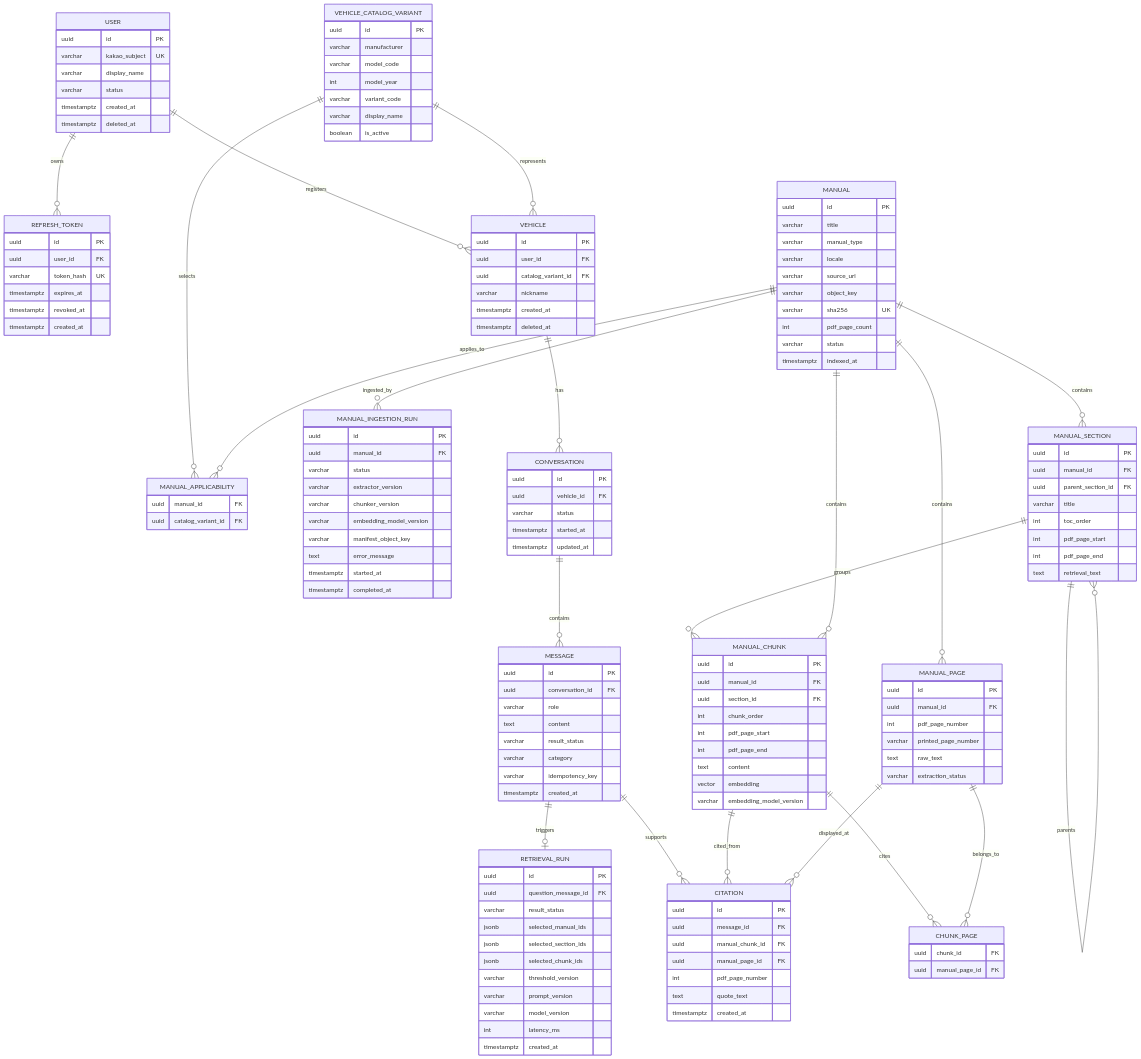
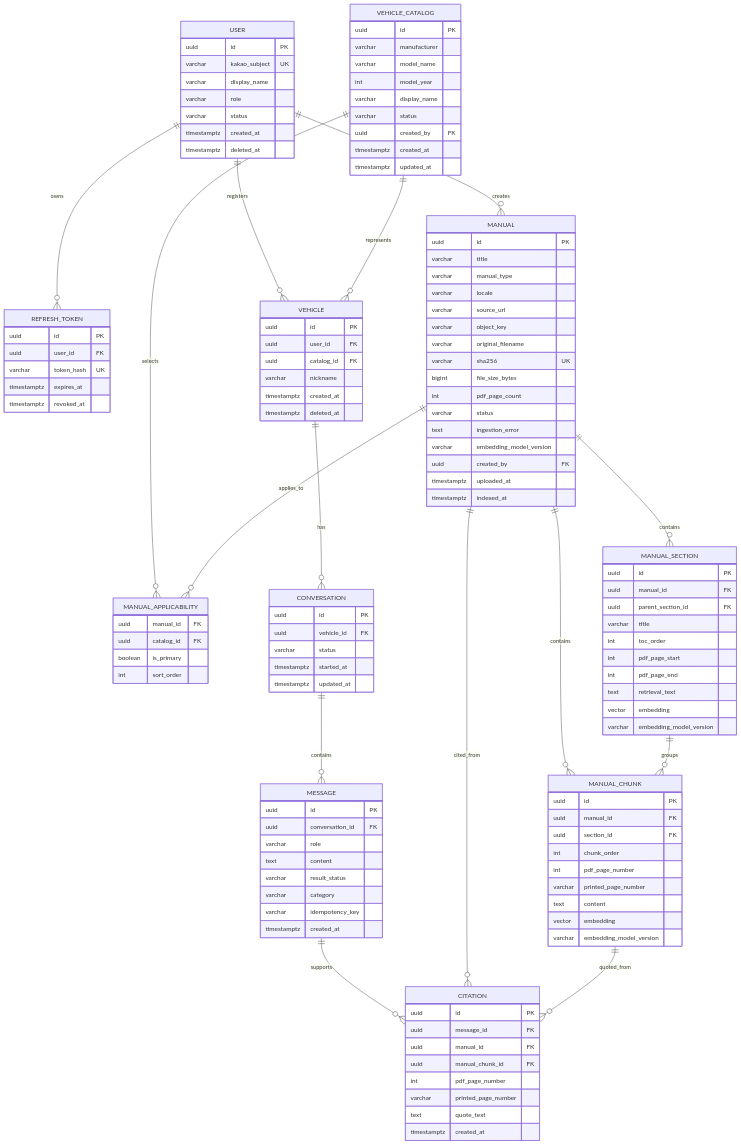
One commit to Chaehyunli/CarMe changed the diagram in docs/erd_및_데이터사전.md. Above: the diagram before and after it, drawn with Mermaid. The commit also changed other lines of this file and 27 other files, not shown here.

````diff
--- a/docs/erd_및_데이터사전.md
+++ b/docs/erd_및_데이터사전.md
@@ -8,28 +9,24 @@
 erDiagram
   USER ||--o{ REFRESH_TOKEN : owns
   USER ||--o{ VEHICLE : registers
-  VEHICLE_CATALOG_VARIANT ||--o{ VEHICLE : represents
-  VEHICLE_CATALOG_VARIANT ||--o{ MANUAL_APPLICABILITY : selects
+  USER ||--o{ MANUAL : creates
+  VEHICLE_CATALOG ||--o{ VEHICLE : represents
+  VEHICLE_CATALOG ||--o{ MANUAL_APPLICABILITY : selects
   MANUAL ||--o{ MANUAL_APPLICABILITY : applies_to
-  MANUAL ||--o{ MANUAL_INGESTION_RUN : ingested_by
   MANUAL ||--o{ MANUAL_SECTION : contains
-  MANUAL_SECTION ||--o{ MANUAL_SECTION : parents
-  MANUAL ||--o{ MANUAL_PAGE : contains
+  MANUAL ||--o{ MANUAL_CHUNK : contains
   MANUAL_SECTION ||--o{ MANUAL_CHUNK : groups
-  MANUAL ||--o{ MANUAL_CHUNK : contains
-  MANUAL_CHUNK ||--o{ CHUNK_PAGE : cites
-  MANUAL_PAGE ||--o{ CHUNK_PAGE : belongs_to
   VEHICLE ||--o{ CONVERSATION : has
   CONVERSATION ||--o{ MESSAGE : contains
   MESSAGE ||--o{ CITATION : supports
-  MANUAL_CHUNK ||--o{ CITATION : cited_from
-  MANUAL_PAGE ||--o{ CITATION : displayed_at
-  MESSAGE ||--o| RETRIEVAL_RUN : triggers
+  MANUAL ||--o{ CITATION : cited_from
+  MANUAL_CHUNK ||--o{ CITATION : quoted_from
 
   USER {
     uuid id PK
     varchar kakao_subject UK
     varchar display_name
+    varchar role
     varchar status
     timestamptz created_at
     timestamptz deleted_at
@@ -40,21 +37,22 @@
     varchar token_hash UK
     timestamptz expires_at
     timestamptz revoked_at
-    timestamptz created_at
   }
-  VEHICLE_CATALOG_VARIANT {
+  VEHICLE_CATALOG {
     uuid id PK
     varchar manufacturer
-    varchar model_code
+    varchar model_name
     int model_year
-    varchar variant_code
     varchar display_name
-    boolean is_active
+    varchar status
+    uuid created_by FK
+    timestamptz created_at
+    timestamptz updated_at
   }
   VEHICLE {
     uuid id PK
     uuid user_id FK
-    uuid catalog_variant_id FK
+    uuid catalog_id FK
     varchar nickname
     timestamptz created_at
     timestamptz deleted_at
@@ -66,26 +64,22 @@
     varchar locale
     varchar source_url
     varchar object_key
+    varchar original_filename
     varchar sha256 UK
+    bigint file_size_bytes
     int pdf_page_count
     varchar status
+    text ingestion_error
+    varchar embedding_model_version
+    uuid created_by FK
+    timestamptz uploaded_at
     timestamptz indexed_at
   }
   MANUAL_APPLICABILITY {
     uuid manual_id FK
-    uuid catalog_variant_id FK
-  }
-  MANUAL_INGESTION_RUN {
-    uuid id PK
-    uuid manual_id FK
-    varchar status
-    varchar extractor_version
-    varchar chunker_version
-    varchar embedding_model_version
-    varchar manifest_object_key
-    text error_message
-    timestamptz started_at
-    timestamptz completed_at
+    uuid catalog_id FK
+    boolean is_primary
+    int sort_order
   }
   MANUAL_SECTION {
     uuid id PK
@@ -96,29 +90,19 @@
     int pdf_page_start
     int pdf_page_end
     text retrieval_text
-  }
-  MANUAL_PAGE {
-    uuid id PK
-    uuid manual_id FK
-    int pdf_page_number
-    varchar printed_page_number
-    text raw_text
-    varchar extraction_status
+    vector embedding
+    varchar embedding_model_version
   }
   MANUAL_CHUNK {
     uuid id PK
     uuid manual_id FK
     uuid section_id FK
     int chunk_order
-    int pdf_page_start
-    int pdf_page_end
+    int pdf_page_number
+    varchar printed_page_number
     text content
     vector embedding
     varchar embedding_model_version
-  }
-  CHUNK_PAGE {
-    uuid chunk_id FK
-    uuid manual_page_id FK
   }
   CONVERSATION {
     uuid id PK
@@ -140,23 +124,11 @@
   CITATION {
     uuid id PK
     uuid message_id FK
+    uuid manual_id FK
     uuid manual_chunk_id FK
-    uuid manual_page_id FK
     int pdf_page_number
+    varchar printed_page_number
     text quote_text
     timestamptz created_at
   }
-  RETRIEVAL_RUN {
-    uuid id PK
-    uuid question_message_id FK
-    varchar result_status
-    jsonb selected_manual_ids
-    jsonb selected_section_ids
-    jsonb selected_chunk_ids
-    varchar threshold_version
-    varchar prompt_version
-    varchar model_version
-    int latency_ms
-    timestamptz created_at
-  }
 ```
````
